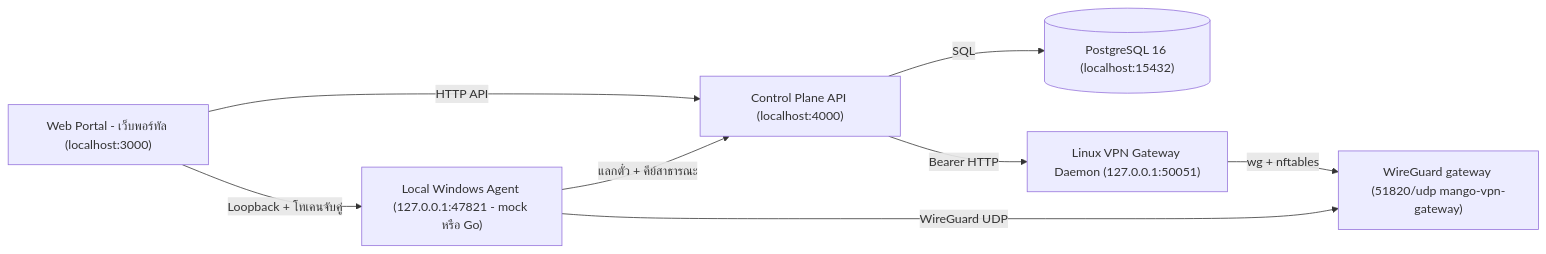
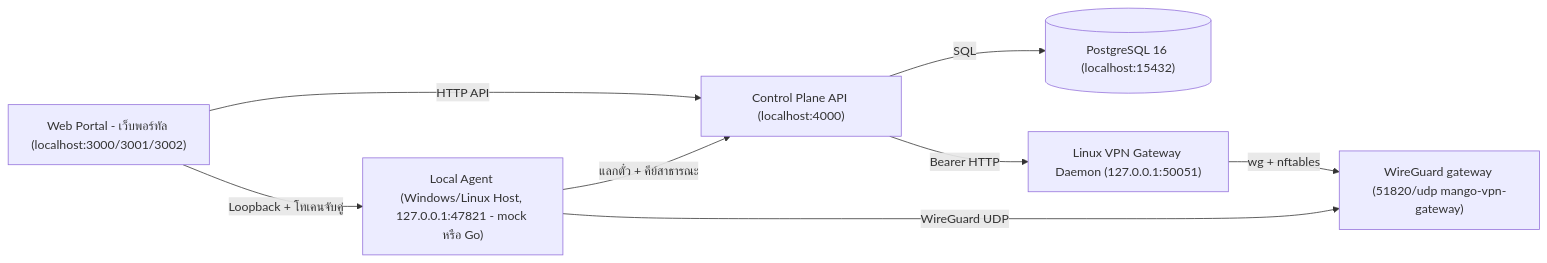
Before and after one commit to SobreeH/Mango_VPN_Trainee: the diagram in TUTORIAL.th.md, drawn with Mermaid. The commit also changed other lines of this file and 8 other files, not shown here.

Commit message:
docs: align English and Thai guides for Windows and Linux development and testing

````diff
--- a/TUTORIAL.th.md
+++ b/TUTORIAL.th.md
@@ -15,10 +15,10 @@
 ```mermaid
 flowchart LR
-    Browser["Web Portal - เว็บพอร์ทัล (localhost:3000)"] -->|HTTP API| API["Control Plane API (localhost:4000)"]
+    Browser["Web Portal - เว็บพอร์ทัล (localhost:3000/3001/3002)"] -->|HTTP API| API["Control Plane API (localhost:4000)"]
     API -->|SQL| DB[("PostgreSQL 16 (localhost:15432)")]
-    Browser -->|"Loopback + โทเคนจับคู่"| Agent["Local Windows Agent (127.0.0.1:47821 - mock หรือ Go)"]
+    Browser -->|"Loopback + โทเคนจับคู่"| Agent["Local Agent (Windows/Linux Host, 127.0.0.1:47821 - mock หรือ Go)"]
     Agent -->|"แลกตั๋ว + คีย์สาธารณะ"| API
     API -->|"Bearer HTTP"| Gateway["Linux VPN Gateway Daemon (127.0.0.1:50051)"]
     Agent -->|WireGuard UDP| WG["WireGuard gateway (51820/udp mango-vpn-gateway)"]
     Gateway -->|wg + nftables| WG
 ```
````
